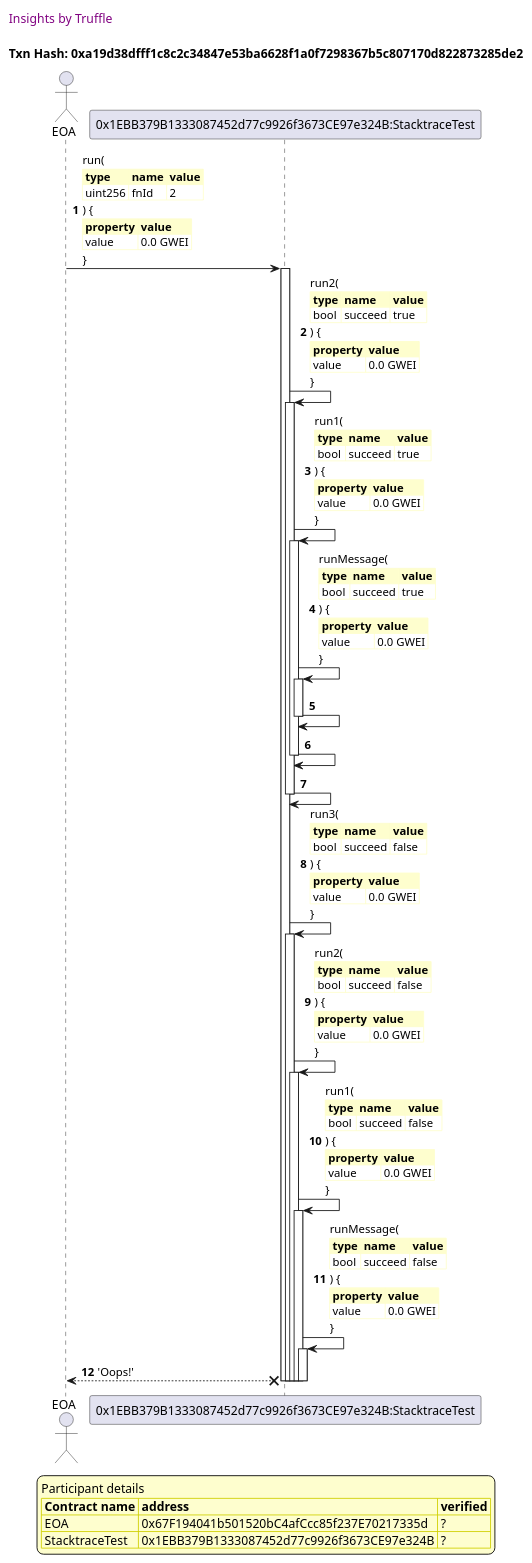
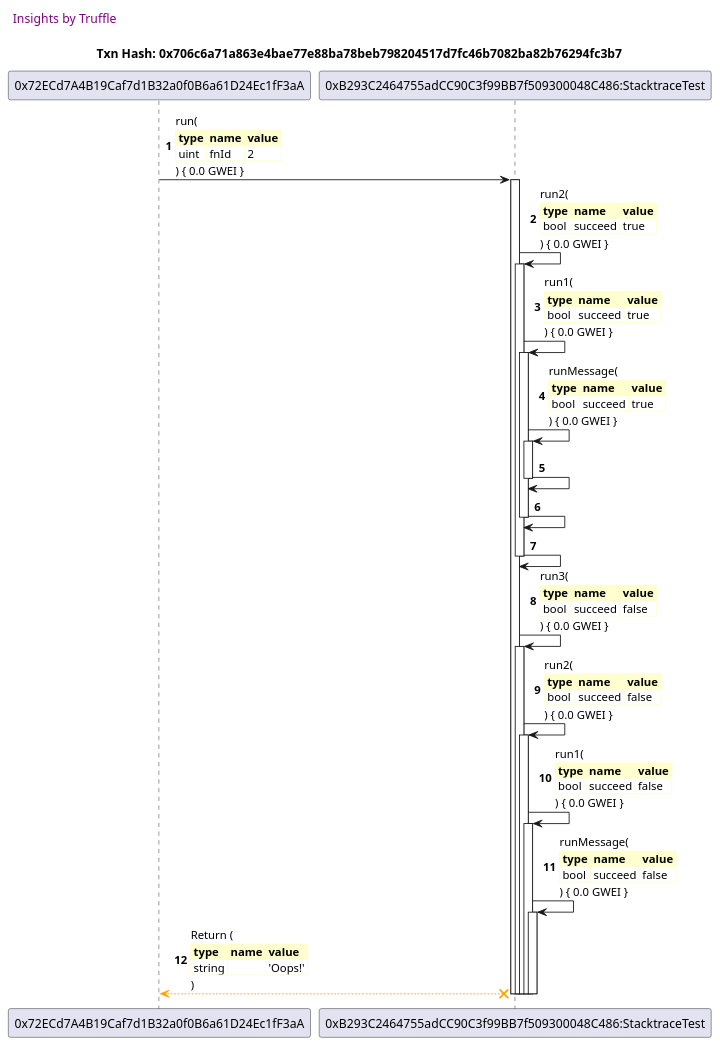
One commit to trufflesuite/txlog-seedlings changed the sixth of 14 diagrams in truffle-seq/stacktrace.test.md. Above: the diagram before and after it, drawn with PlantUML. The commit also changed other lines of this file and 3 other files, not shown here.

````diff
--- a/truffle-seq/stacktrace.test.md
+++ b/truffle-seq/stacktrace.test.md
@@ -339,99 +225,53 @@
 
 header Insights by Truffle
 
-title Txn Hash: 0xa19d38dfff1c8c2c34847e53ba6628f1a0f7298367b5c807170d822873285de2
+title Txn Hash: 0x706c6a71a863e4bae77e88ba78beb798204517d7fc46b7082ba82b76294fc3b7
 
 
-actor EOA as "EOA"
-
-participant StacktraceTest as "0x1EBB379B1333087452d77c9926f3673CE97e324B:StacktraceTest"
-
-"EOA" -> "StacktraceTest" ++: run(\n\
+"0x72ECd7A4B19Caf7d1B32a0f0B6a61D24Ec1fF3aA" -> "0xB293C2464755adCC90C3f99BB7f509300048C486:StacktraceTest" ++: run(\n\
 <#FEFECE,#FEFECE>|= type |= name |= value |\n\
-| uint256 | fnId | 2 |\n\
-) {\n\
-<#FEFECE,#FEFECE>|= property |= value|\n\
-| value | 0.0 GWEI |\n\
-}
-
-"StacktraceTest" -> "StacktraceTest" ++: run2(\n\
+| uint | fnId | 2 |\n\
+) { 0.0 GWEI }
+"0xB293C2464755adCC90C3f99BB7f509300048C486:StacktraceTest" -> "0xB293C2464755adCC90C3f99BB7f509300048C486:StacktraceTest" ++: run2(\n\
 <#FEFECE,#FEFECE>|= type |= name |= value |\n\
 | bool | succeed | true |\n\
-) {\n\
-<#FEFECE,#FEFECE>|= property |= value|\n\
-| value | 0.0 GWEI |\n\
-}
-
-"StacktraceTest" -> "StacktraceTest" ++: run1(\n\
+) { 0.0 GWEI }
+"0xB293C2464755adCC90C3f99BB7f509300048C486:StacktraceTest" -> "0xB293C2464755adCC90C3f99BB7f509300048C486:StacktraceTest" ++: run1(\n\
 <#FEFECE,#FEFECE>|= type |= name |= value |\n\
 | bool | succeed | true |\n\
-) {\n\
-<#FEFECE,#FEFECE>|= property |= value|\n\
-| value | 0.0 GWEI |\n\
-}
-
-"StacktraceTest" -> "StacktraceTest" ++: runMessage(\n\
+) { 0.0 GWEI }
+"0xB293C2464755adCC90C3f99BB7f509300048C486:StacktraceTest" -> "0xB293C2464755adCC90C3f99BB7f509300048C486:StacktraceTest" ++: runMessage(\n\
 <#FEFECE,#FEFECE>|= type |= name |= value |\n\
 | bool | succeed | true |\n\
-) {\n\
-<#FEFECE,#FEFECE>|= property |= value|\n\
-| value | 0.0 GWEI |\n\
-}
-
-"StacktraceTest" -> "StacktraceTest" --: 
-
-"StacktraceTest" -> "StacktraceTest" --: 
-
-"StacktraceTest" -> "StacktraceTest" --: 
-
-"StacktraceTest" -> "StacktraceTest" ++: run3(\n\
+) { 0.0 GWEI }
+"0xB293C2464755adCC90C3f99BB7f509300048C486:StacktraceTest" -> "0xB293C2464755adCC90C3f99BB7f509300048C486:StacktraceTest" --: 
+"0xB293C2464755adCC90C3f99BB7f509300048C486:StacktraceTest" -> "0xB293C2464755adCC90C3f99BB7f509300048C486:StacktraceTest" --: 
+"0xB293C2464755adCC90C3f99BB7f509300048C486:StacktraceTest" -> "0xB293C2464755adCC90C3f99BB7f509300048C486:StacktraceTest" --: 
+"0xB293C2464755adCC90C3f99BB7f509300048C486:StacktraceTest" -> "0xB293C2464755adCC90C3f99BB7f509300048C486:StacktraceTest" ++: run3(\n\
 <#FEFECE,#FEFECE>|= type |= name |= value |\n\
 | bool | succeed | false |\n\
-) {\n\
-<#FEFECE,#FEFECE>|= property |= value|\n\
-| value | 0.0 GWEI |\n\
-}
-
-"StacktraceTest" -> "StacktraceTest" ++: run2(\n\
+) { 0.0 GWEI }
+"0xB293C2464755adCC90C3f99BB7f509300048C486:StacktraceTest" -> "0xB293C2464755adCC90C3f99BB7f509300048C486:StacktraceTest" ++: run2(\n\
 <#FEFECE,#FEFECE>|= type |= name |= value |\n\
 | bool | succeed | false |\n\
-) {\n\
-<#FEFECE,#FEFECE>|= property |= value|\n\
-| value | 0.0 GWEI |\n\
-}
-
-"StacktraceTest" -> "StacktraceTest" ++: run1(\n\
+) { 0.0 GWEI }
+"0xB293C2464755adCC90C3f99BB7f509300048C486:StacktraceTest" -> "0xB293C2464755adCC90C3f99BB7f509300048C486:StacktraceTest" ++: run1(\n\
 <#FEFECE,#FEFECE>|= type |= name |= value |\n\
 | bool | succeed | false |\n\
-) {\n\
-<#FEFECE,#FEFECE>|= property |= value|\n\
-| value | 0.0 GWEI |\n\
-}
-
-"StacktraceTest" -> "StacktraceTest" ++: runMessage(\n\
+) { 0.0 GWEI }
+"0xB293C2464755adCC90C3f99BB7f509300048C486:StacktraceTest" -> "0xB293C2464755adCC90C3f99BB7f509300048C486:StacktraceTest" ++: runMessage(\n\
 <#FEFECE,#FEFECE>|= type |= name |= value |\n\
 | bool | succeed | false |\n\
-) {\n\
-<#FEFECE,#FEFECE>|= property |= value|\n\
-| value | 0.0 GWEI |\n\
-}
-
-"StacktraceTest" x--> "EOA" : 'Oops!'
-
-deactivate "StacktraceTest"
-deactivate "StacktraceTest"
-deactivate "StacktraceTest"
-deactivate "StacktraceTest"
-deactivate "StacktraceTest"
-
-
-legend
-Participant details
-<#FEFECE,#D0D000>|= Contract name |= address |= verified |
-<#FEFECE>| EOA | 0x67F194041b501520bC4afCcc85f237E70217335d | ? |
-<#FEFECE>| StacktraceTest | 0x1EBB379B1333087452d77c9926f3673CE97e324B | ? |
-endlegend
-
+) { 0.0 GWEI }
+"0xB293C2464755adCC90C3f99BB7f509300048C486:StacktraceTest" x-[#orange]-> "0x72ECd7A4B19Caf7d1B32a0f0B6a61D24Ec1fF3aA" --: Return (\n\
+<#FEFECE,#FEFECE>|= type |= name |= value |\n\
+| string |  | 'Oops!' |\n\
+)
+deactivate "0xB293C2464755adCC90C3f99BB7f509300048C486:StacktraceTest"
+deactivate "0xB293C2464755adCC90C3f99BB7f509300048C486:StacktraceTest"
+deactivate "0xB293C2464755adCC90C3f99BB7f509300048C486:StacktraceTest"
+deactivate "0xB293C2464755adCC90C3f99BB7f509300048C486:StacktraceTest"
+deactivate "0xB293C2464755adCC90C3f99BB7f509300048C486:StacktraceTest"
 
 @enduml
 ```
````
